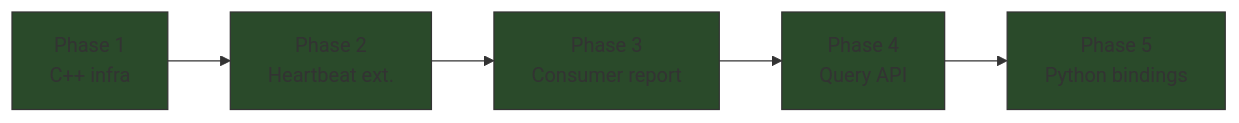
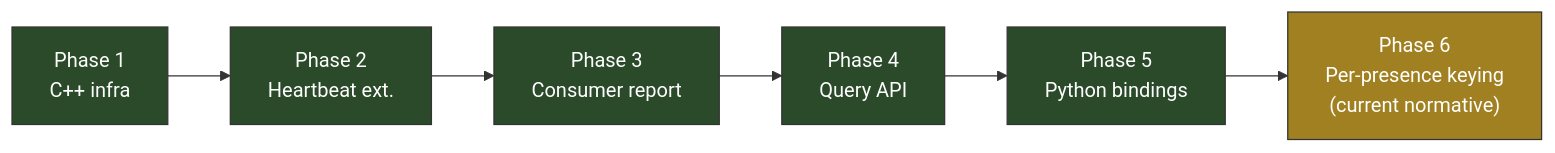
The third of 3 diagrams in docs/HEP/HEP-CORE-0019-Metrics-Plane.md (Qing-LAB/pylabhub), drawn with Mermaid before and after one commit. The commit also changed other lines of this file and 8 other files, not shown here.

First line of the commit message:
Wave A — HEP foundation for role-host template + per-presence heartbeats

````diff
--- a/docs/HEP/HEP-CORE-0019-Metrics-Plane.md
+++ b/docs/HEP/HEP-CORE-0019-Metrics-Plane.md
@@ -533,13 +655,11 @@
 ```mermaid
 graph LR
-    P1["Phase 1<br/>C++ infra"] --> P2["Phase 2<br/>Heartbeat ext."]
-    P2 --> P3["Phase 3<br/>Consumer report"]
-    P3 --> P4["Phase 4<br/>Query API"]
-    P4 --> P5["Phase 5<br/>Python bindings"]
+    P1["Phase 1<br/>C++ infra"]:::shipped --> P2["Phase 2<br/>Heartbeat ext."]:::shipped
+    P2 --> P3["Phase 3<br/>Consumer report"]:::shipped
+    P3 --> P4["Phase 4<br/>Query API"]:::shipped
+    P4 --> P5["Phase 5<br/>Python bindings"]:::shipped
+    P5 --> P6["Phase 6<br/>Per-presence keying<br/>(current normative)"]:::pending
 
-    style P1 fill:#2a4a2a,stroke:#333
-    style P2 fill:#2a4a2a,stroke:#333
-    style P3 fill:#2a4a2a,stroke:#333
-    style P4 fill:#2a4a2a,stroke:#333
-    style P5 fill:#2a4a2a,stroke:#333
+    classDef shipped fill:#2a4a2a,stroke:#333,color:#fff
+    classDef pending fill:#a08020,stroke:#333,color:#fff
 ```
````
